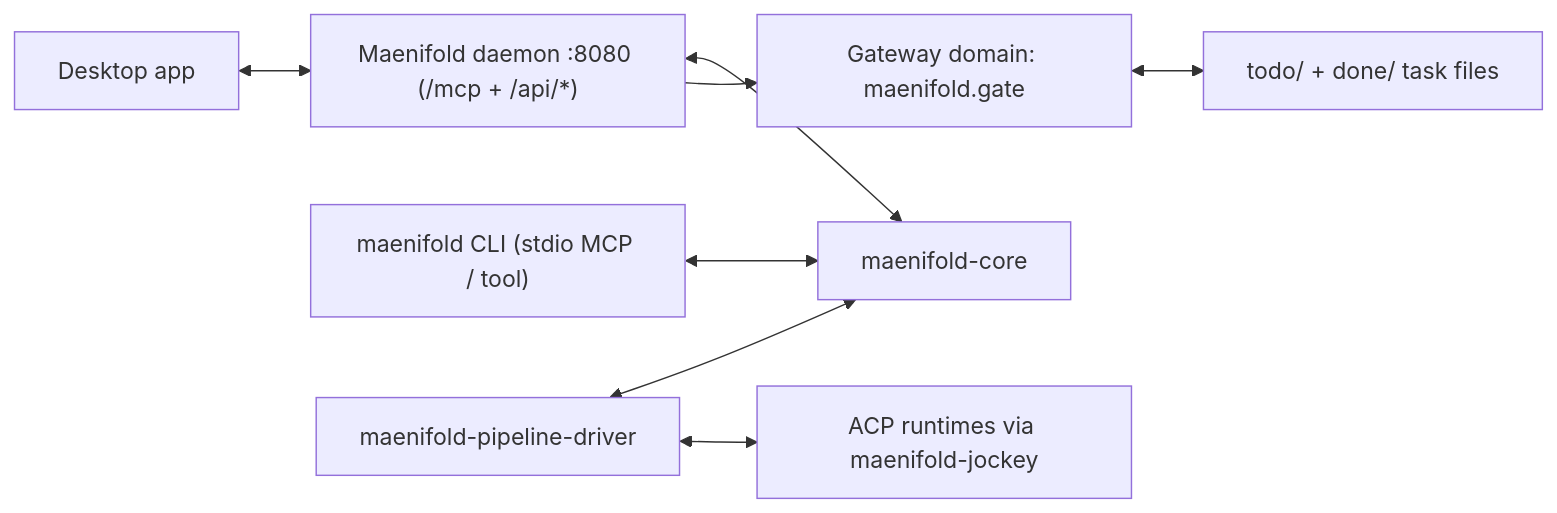
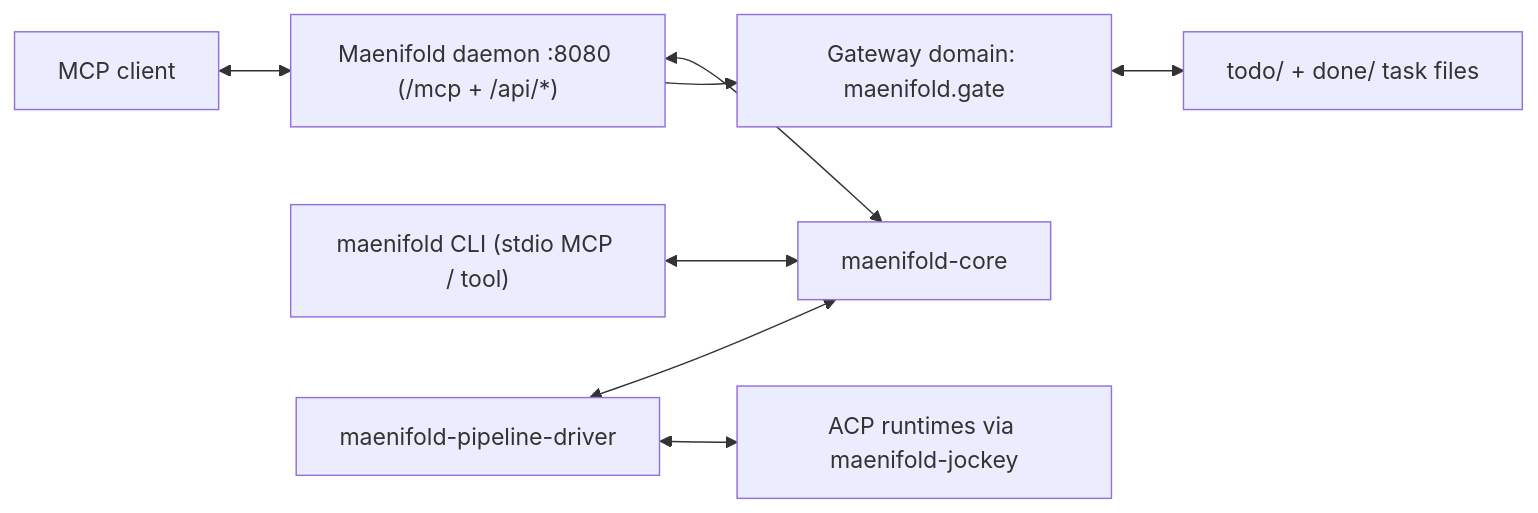
Before and after one commit to msbrettorg/maenifold: the diagram in docs/ARCHITECTURE.md, drawn with Mermaid. The commit also changed other lines of this file and 153 other files, not shown here.

````diff
--- a/docs/ARCHITECTURE.md
+++ b/docs/ARCHITECTURE.md
@@ -23,10 +23,10 @@
 ```mermaid
 flowchart LR
-    Desktop["Desktop app"] <--> Daemon["Maenifold daemon :8080 (/mcp + /api/*)"]
+    Client["MCP client"] <--> Daemon["Maenifold daemon :8080 (/mcp + /api/*)"]
     CLI["maenifold CLI (stdio MCP / tool)"] <--> Core["maenifold-core"]
     Daemon <--> Core
     Driver["maenifold-pipeline-driver"] <--> Core
     Driver <--> ACP["ACP runtimes via maenifold-jockey"]
     Daemon --> Gateway["Gateway domain: maenifold.gate"]
     Gateway <--> Files["todo/ + done/ task files"]
 ```
````
